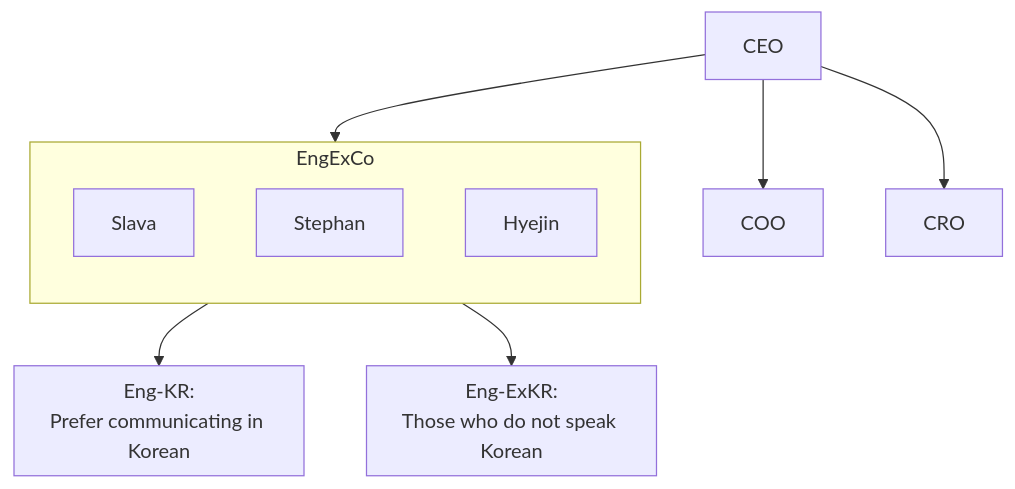
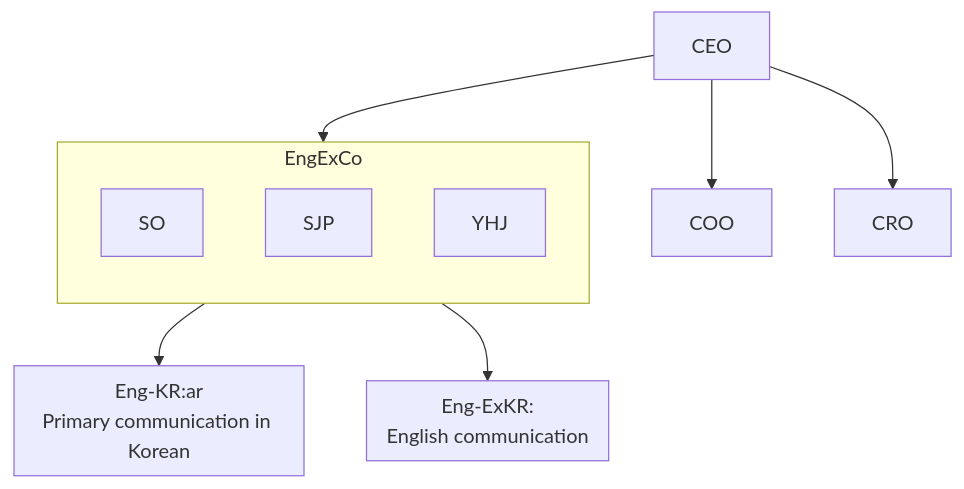
One commit to longjmpr/fmeng changed the diagram in exco_struct.md. Above: the diagram before and after it, drawn with Mermaid.

Commit message:
Update exco_struct.md
changed some labels

````diff
--- a/exco_struct.md
+++ b/exco_struct.md
@@ -1,35 +1,35 @@
 ```mermaid
 graph TD;
     CEO["CEO"]
     COO
 
     CEO --> COO
     CEO --> CRO["CRO"]
 
     subgraph EngExCo
         direction TB
-        VP_Eng["Slava"]
-        CTO["Stephan"]
-        Dir_Eng["Hyejin"]
+        VP_Eng["SO"]
+        CTO["SJP"]
+        Dir_Eng["YHJ"]
     end
     %% CRO -.- EngExCo
 
     CEO --> EngExCo
     EngExCo --> Eng-KR
     EngExCo --> Eng-ExKR
 
     %% This is all Korean-speaking engineers
-    subgraph Eng-KR [Eng-KR:
-Prefer communicating in Korean]
+    subgraph Eng-KR [Eng-KR:ar
+Primary communication in Korean]
     end
     %% This is all engineers based outside of Korea
     subgraph Eng-ExKR [Eng-ExKR:
-Those who do not speak Korean]
+English communication]
     end
 
 
     %%DD[Director of Design]
     %%ADD["Assc Dir Design"]
     %%DD --> ADD
 
 ```
````
